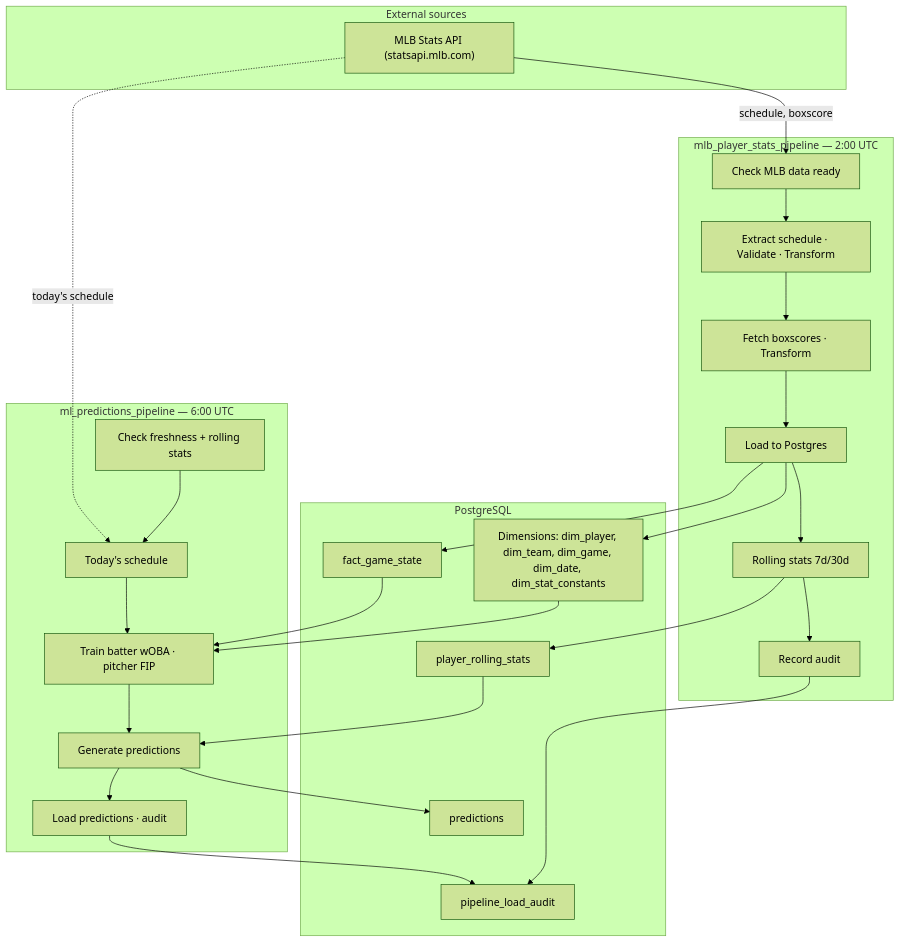
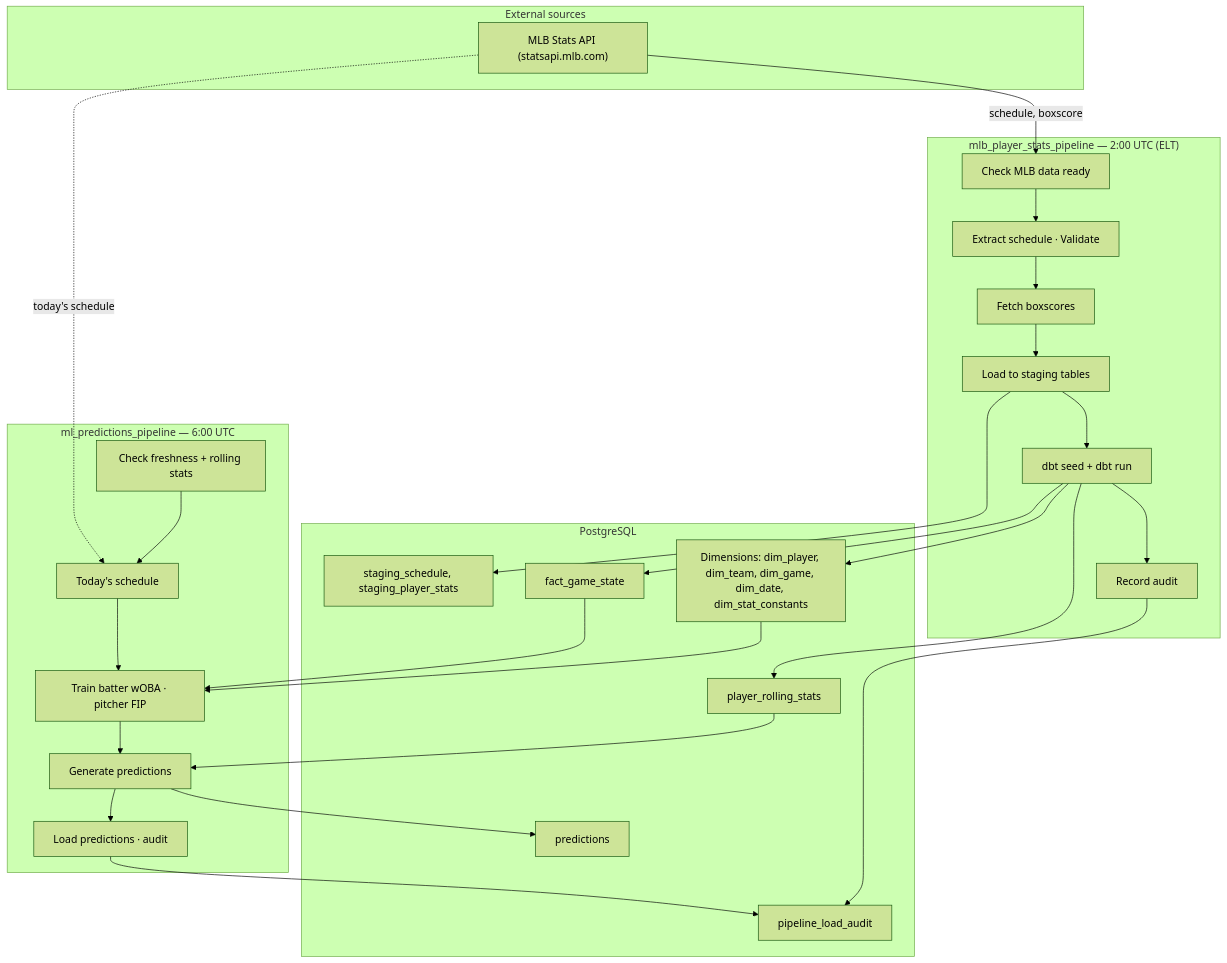
The diagram in docs/data_architecture.md (toofarm/baseball-eval-flow), drawn with Mermaid (forest theme) before and after one commit. The commit also changed other lines of this file and 2 other files, not shown here.

Commit message:
docs: updated architecture

````diff
--- a/docs/data_architecture.md
+++ b/docs/data_architecture.md
@@ -9,45 +9,47 @@
 ```mermaid
 flowchart TB
   subgraph external["External sources"]
     api["MLB Stats API (statsapi.mlb.com)"]
   end
 
-  subgraph etl["mlb_player_stats_pipeline — 2:00 UTC"]
+  subgraph elt["mlb_player_stats_pipeline — 2:00 UTC (ELT)"]
     E1[Check MLB data ready]
-    E2[Extract schedule · Validate · Transform]
-    E3[Fetch boxscores · Transform]
-    E4[Load to Postgres]
-    E5[Rolling stats 7d/30d]
+    E2[Extract schedule · Validate]
+    E3[Fetch boxscores]
+    E4[Load to staging tables]
+    E5[dbt seed + dbt run]
     E6[Record audit]
     E1 --> E2 --> E3 --> E4 --> E5 --> E6
   end
 
   subgraph ml["ml_predictions_pipeline — 6:00 UTC"]
     M1[Check freshness + rolling stats]
     M2[Today's schedule]
     M3[Train batter wOBA · pitcher FIP]
     M4[Generate predictions]
     M5[Load predictions · audit]
     M1 --> M2 --> M3 --> M4 --> M5
   end
 
   subgraph postgres["PostgreSQL"]
+    staging[staging_schedule, staging_player_stats]
     dims[Dimensions: dim_player, dim_team, dim_game, dim_date, dim_stat_constants]
     fact[fact_game_state]
     rolling[player_rolling_stats]
     preds[predictions]
     audit[pipeline_load_audit]
   end
 
   api -->|schedule, boxscore| E1
   api -.->|today's schedule| M2
-  E4 --> dims
-  E4 --> fact
+  E4 --> staging
+  E5 --> dims
+  E5 --> fact
   E5 --> rolling
   E6 --> audit
   M4 --> preds
   M5 --> audit
   dims --> M3
   fact --> M3
   rolling --> M4
 ```
````
